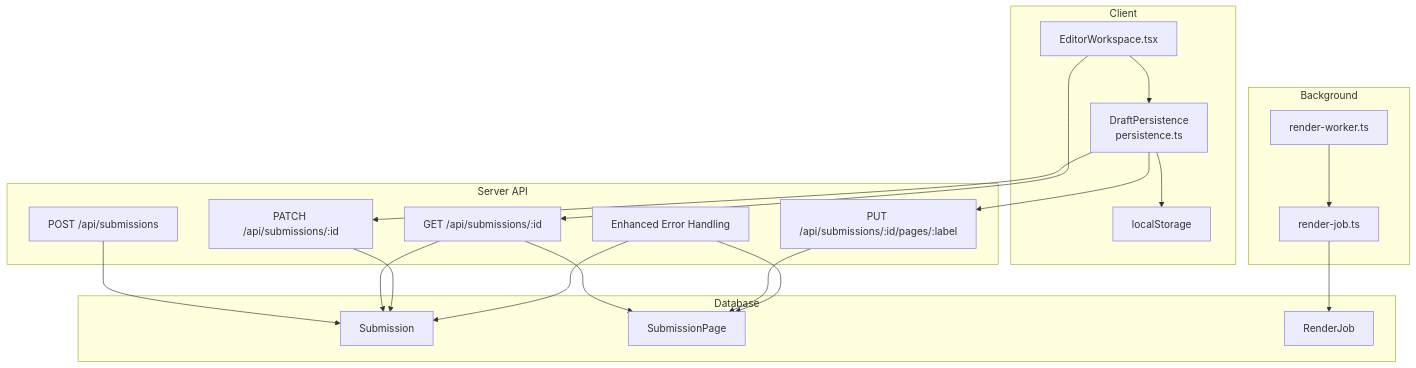
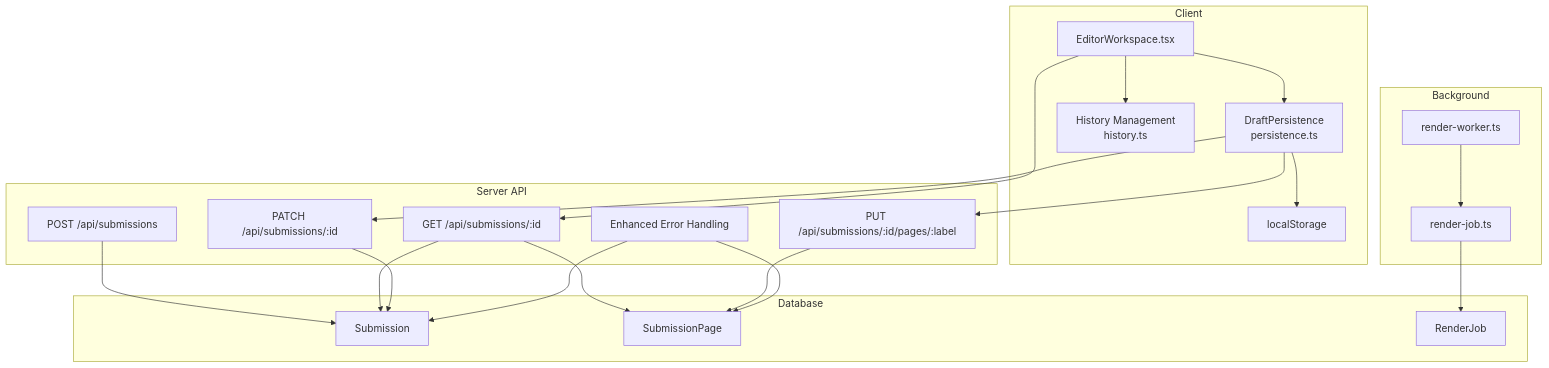
The first of 8 diagrams in .qoder/repowiki/en/content/Architecture Overview/Frontend Architecture/Editor Persistence & Draft Recovery.md (Crowdspender/titchybooks-app), drawn with Mermaid before and after one commit. The commit also changed other lines of this file and 8 other files, not shown here.

````diff
--- a/.qoder/repowiki/en/content/Architecture Overview/Frontend Architecture/Editor Persistence & Draft Recovery.md
+++ b/.qoder/repowiki/en/content/Architecture Overview/Frontend Architecture/Editor Persistence & Draft Recovery.md
@@ -48,38 +50,40 @@
 ```mermaid
 graph TB
 subgraph "Client"
 EW["EditorWorkspace.tsx"]
 DP["DraftPersistence<br/>persistence.ts"]
 LS["localStorage"]
+HM["History Management<br/>history.ts"]
 end
 subgraph "Server API"
 SPOST["POST /api/submissions"]
 SG["GET /api/submissions/:id"]
 SPATCH["PATCH /api/submissions/:id"]
 SPUT["PUT /api/submissions/:id/pages/:label"]
 ERH["Enhanced Error Handling"]
 end
 subgraph "Database"
 DB_SUB["Submission"]
 DB_PAGE["SubmissionPage"]
 DB_JOB["RenderJob"]
 end
 subgraph "Background"
 WKR["render-worker.ts"]
 RJOB["render-job.ts"]
 end
 EW --> DP
+EW --> HM
 DP --> LS
 DP --> SPUT
 DP --> SPATCH
 EW --> SG
 SPOST --> DB_SUB
 SG --> DB_SUB
 SG --> DB_PAGE
 SPATCH --> DB_SUB
 SPUT --> DB_PAGE
 ERH --> DB_SUB
 ERH --> DB_PAGE
 RJOB --> DB_JOB
 WKR --> RJOB
 ```
````
